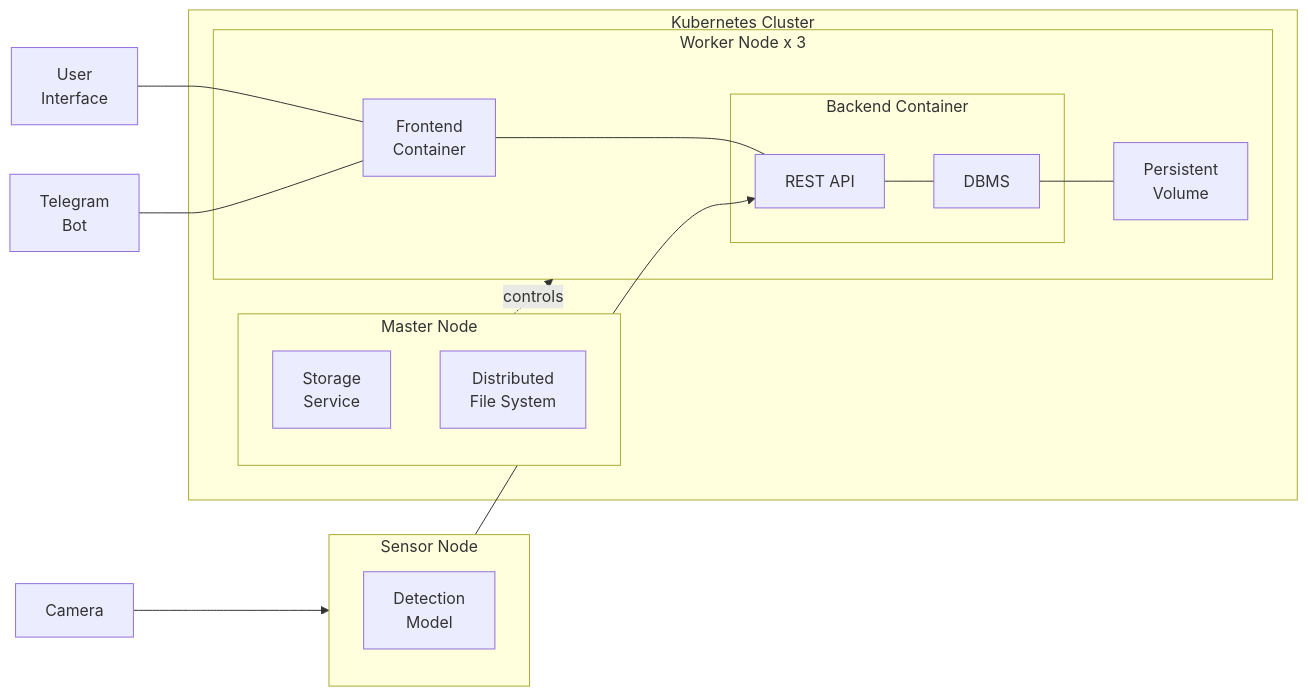
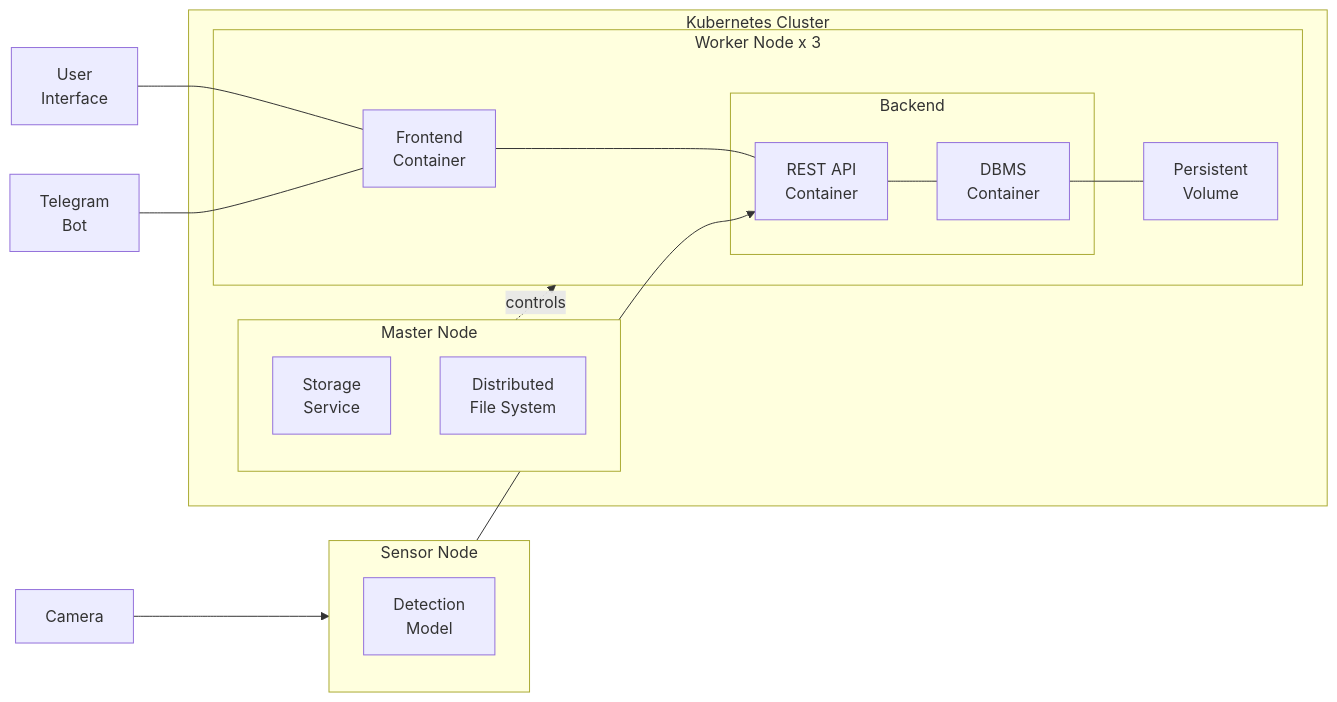
The first of 2 diagrams in docs/Group_2_SS23_ProjectReport.md (ccfrauasgr2/pet-detection), drawn with Mermaid before and after one commit. The commit also changed other lines of this file, not shown here.

Commit message:
chore: updated project plan and architecture

````diff
--- a/docs/Group_2_SS23_ProjectReport.md
+++ b/docs/Group_2_SS23_ProjectReport.md
@@ -46,35 +46,35 @@
 ```mermaid
 flowchart LR
   camera[Camera]
 
   subgraph sensornode[Sensor Node]
     model[Detection\nModel]
   end
 
   subgraph cluster[Kubernetes Cluster]
 
     subgraph masterNode[Master Node]
       storageService[Storage\nService]
       dfs[Distributed\nFile System]
     end
 
     subgraph workerNode[Worker Node x 3]
       frontendContainer[Frontend\nContainer]
       
-      subgraph backendContainer[Backend Container]
-        restapiContainer[REST API]
-        dbmsContainer[DBMS]
+      subgraph backendContainer[Backend]
+        restapiContainer[REST API\nContainer]
+        dbmsContainer[DBMS\nContainer]
       end
 
       persistentVolume[Persistent\nVolume]
     end 
   end
 
   ui[User\nInterface]
   bot[Telegram\nBot]
 
   masterNode -.controls.-> workerNode
   frontendContainer --- restapiContainer --- dbmsContainer --- persistentVolume
   camera --> sensornode --> restapiContainer
   ui & bot --- frontendContainer
 ```
````
